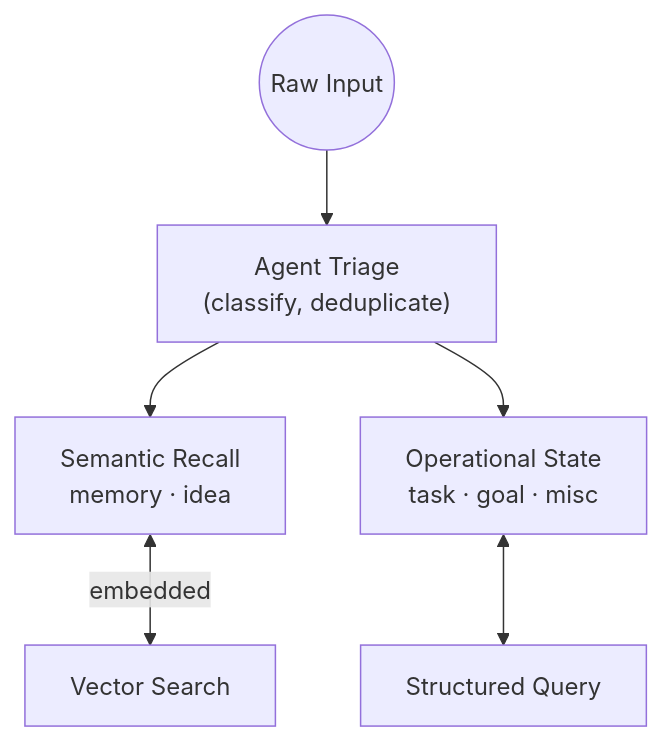
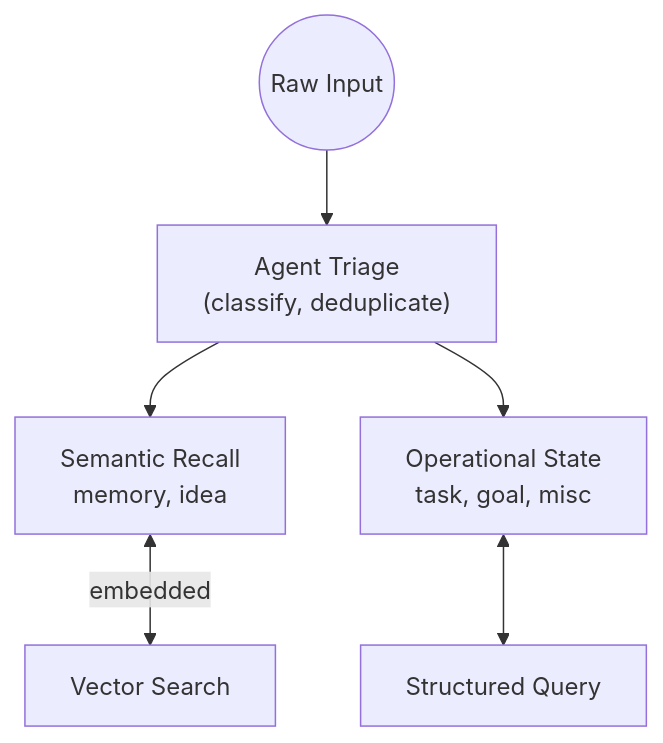
Before and after one commit to DanGiannone1/openbrain: the first of 2 diagrams in README.md, drawn with Mermaid. The commit also changed other lines of this file, not shown here.

First line of the commit message:
Fix README title, opening sentence, and diagrams

````diff
--- a/README.md
+++ b/README.md
@@ -30,8 +30,8 @@
 ```mermaid
 graph TB
     Input(("Raw Input")) --> Triage["Agent Triage\n(classify, deduplicate)"]
-    Triage --> Semantic["Semantic Recall\nmemory · idea"]
-    Triage --> Operational["Operational State\ntask · goal · misc"]
+    Triage --> Semantic["Semantic Recall\nmemory, idea"]
+    Triage --> Operational["Operational State\ntask, goal, misc"]
     Semantic <-->|"embedded"| VectorSearch["Vector Search"]
     Operational <--> StructuredQuery["Structured Query"]
 ```
````
